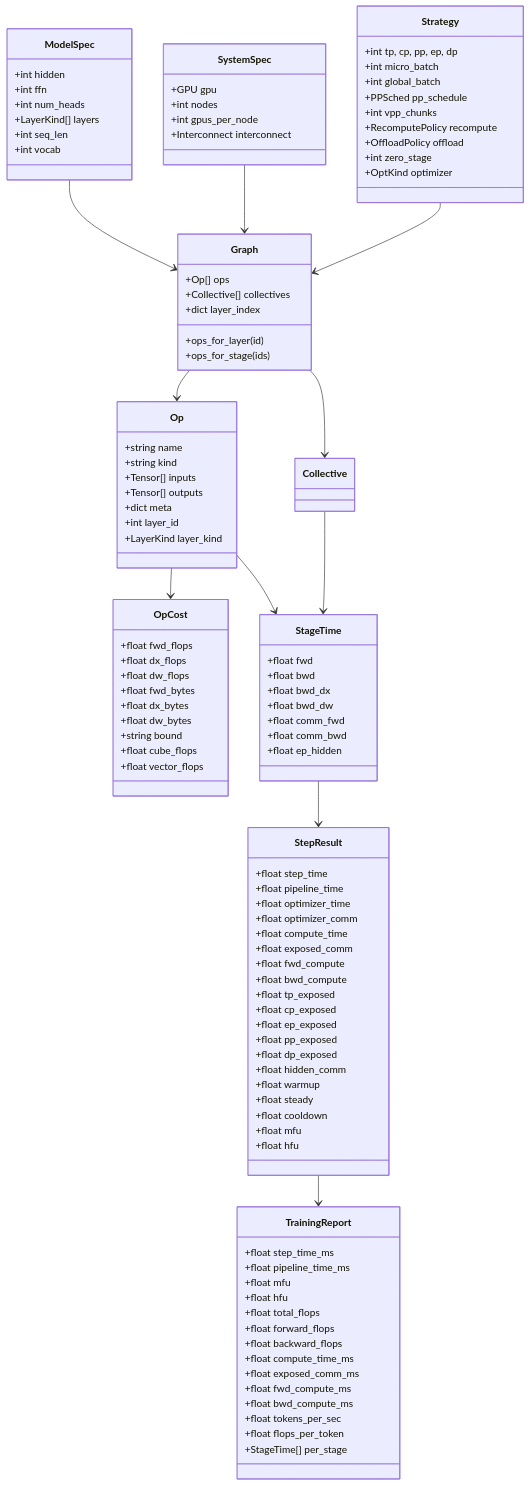
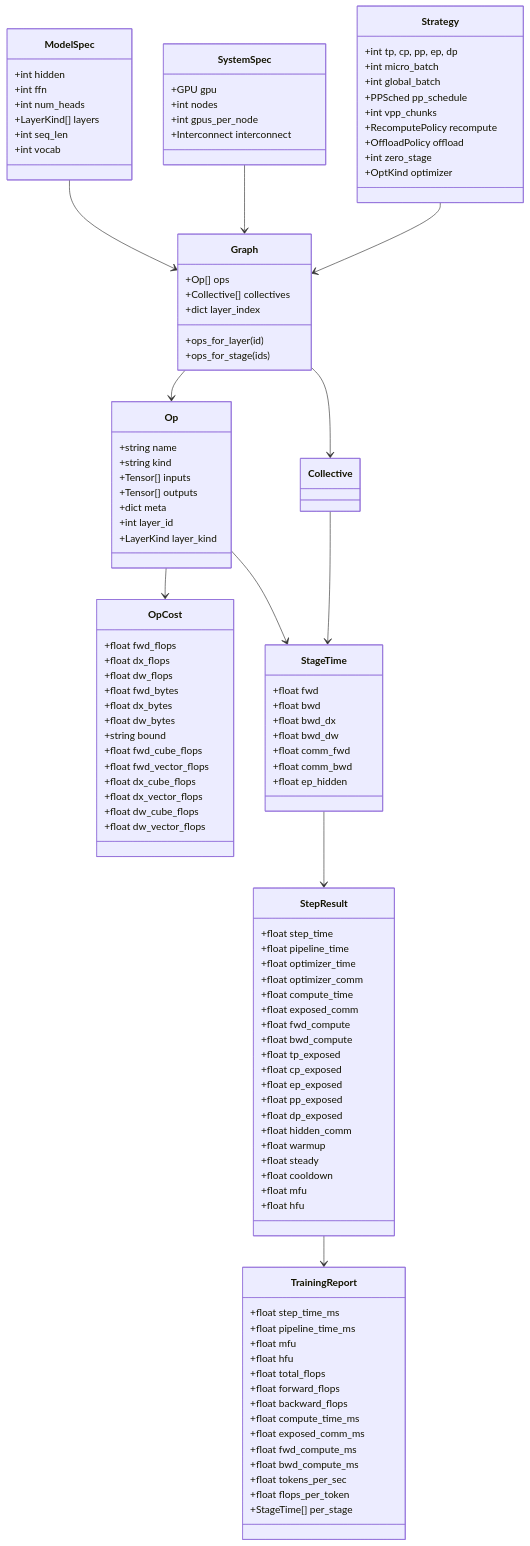
The fifth of 5 diagrams in docs/estimate-design.md (deadlineiscoming/modeling), drawn with Mermaid before and after one commit. The commit also changed other lines of this file, not shown here.

```diff
--- a/docs/estimate-design.md
+++ b/docs/estimate-design.md
@@ -740,8 +769,12 @@
         +float dx_bytes
         +float dw_bytes
         +string bound
-        +float cube_flops
-        +float vector_flops
+        +float fwd_cube_flops
+        +float fwd_vector_flops
+        +float dx_cube_flops
+        +float dx_vector_flops
+        +float dw_cube_flops
+        +float dw_vector_flops
     }
 
     class StageTime {
```
